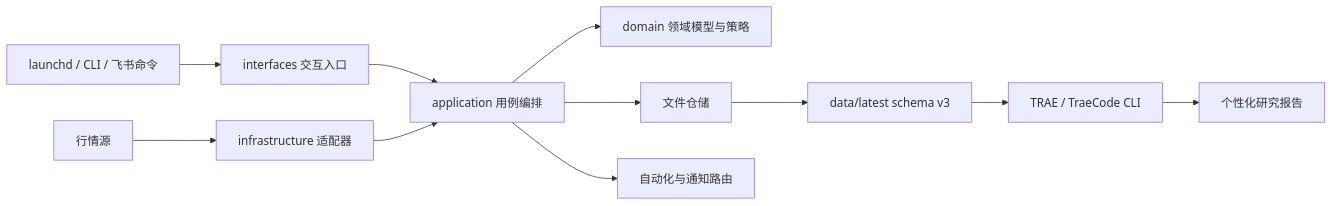
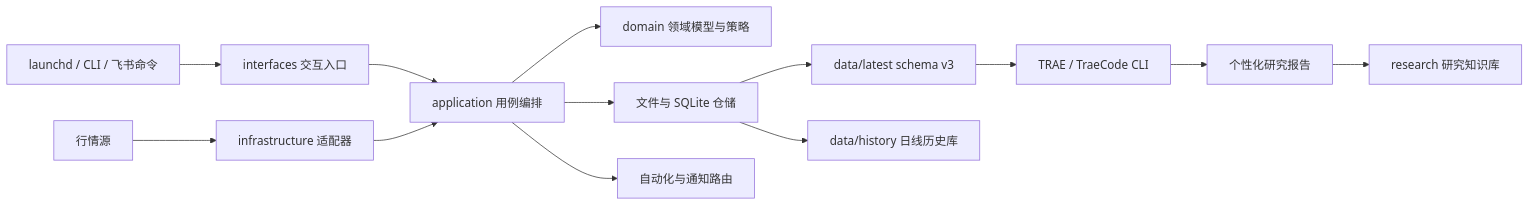
Before and after one commit to lapixiaoxin/quant: the first of 3 diagrams in docs/architecture.md, drawn with Mermaid. The commit also changed other lines of this file and 46 other files, not shown here.

````diff
--- a/docs/architecture.md
+++ b/docs/architecture.md
@@ -7,13 +7,15 @@
 ```mermaid
 flowchart LR
     T[launchd / CLI / 飞书命令] --> I[interfaces 交互入口]
     I --> A[application 用例编排]
     A --> D[domain 领域模型与策略]
     M[行情源] --> X[infrastructure 适配器]
     X --> A
-    A --> F[文件仓储]
+    A --> F[文件与 SQLite 仓储]
     A --> N[自动化与通知路由]
     F --> P[data/latest schema v3]
+    F --> H[data/history 日线历史库]
     P --> R[TRAE / TraeCode CLI]
     R --> O[个性化研究报告]
+    O --> K[research 研究知识库]
 ```
````
